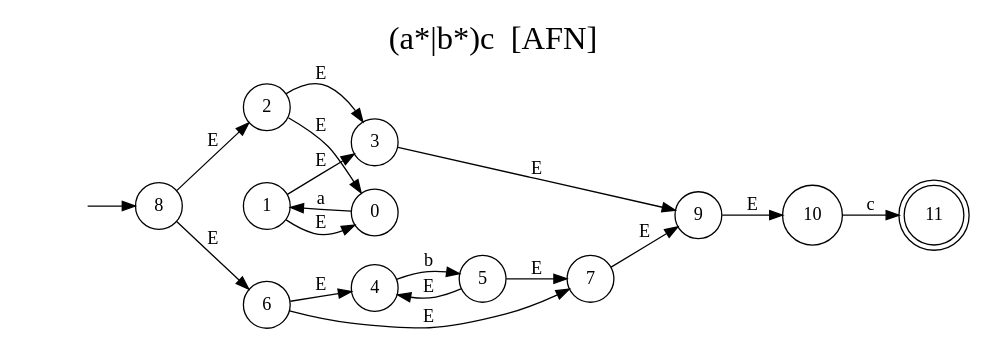
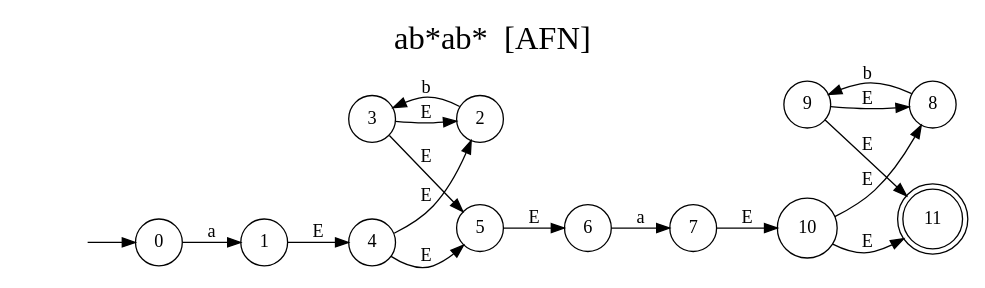
Before and after one commit to CrisLayB/ProgrammingLanguageDesign: the diagram in docs/automataAFN.dot, drawn with Graphviz. The commit also changed 7 other files, not shown here.

```diff
--- a/docs/automataAFN.dot
+++ b/docs/automataAFN.dot
@@ -1,30 +1,29 @@
 digraph "Resultado Automata AFN" {
-	label = "(a*|b*)c  [AFN]"
+	label = "ab*ab*  [AFN]"
 	labelloc  =  t
 	fontsize  = 25
 	rankdir=LR size="8,5"
 	node [shape=doublecircle]
 	11
 	node [shape=circle]
-	8
+	0
 	node [shape=none]
 	""
-	""-> 8 [label=""]
+	""-> 0 [label=""]
 	node [shape=circle]
 	0 -> 1[label="a"]
-	1 -> 0[label="E"]
-	2 -> 3[label="E"]
-	2 -> 0[label="E"]
-	1 -> 3[label="E"]
-	4 -> 5[label="b"]
-	5 -> 4[label="E"]
-	6 -> 7[label="E"]
-	6 -> 4[label="E"]
-	5 -> 7[label="E"]
-	8 -> 2[label="E"]
-	8 -> 6[label="E"]
-	3 -> 9[label="E"]
-	7 -> 9[label="E"]
-	10 -> 11[label="c"]
-	9 -> 10[label="E"]
+	2 -> 3[label="b"]
+	3 -> 2[label="E"]
+	4 -> 5[label="E"]
+	4 -> 2[label="E"]
+	3 -> 5[label="E"]
+	1 -> 4[label="E"]
+	6 -> 7[label="a"]
+	5 -> 6[label="E"]
+	8 -> 9[label="b"]
+	9 -> 8[label="E"]
+	10 -> 11[label="E"]
+	10 -> 8[label="E"]
+	9 -> 11[label="E"]
+	7 -> 10[label="E"]
 }
```
